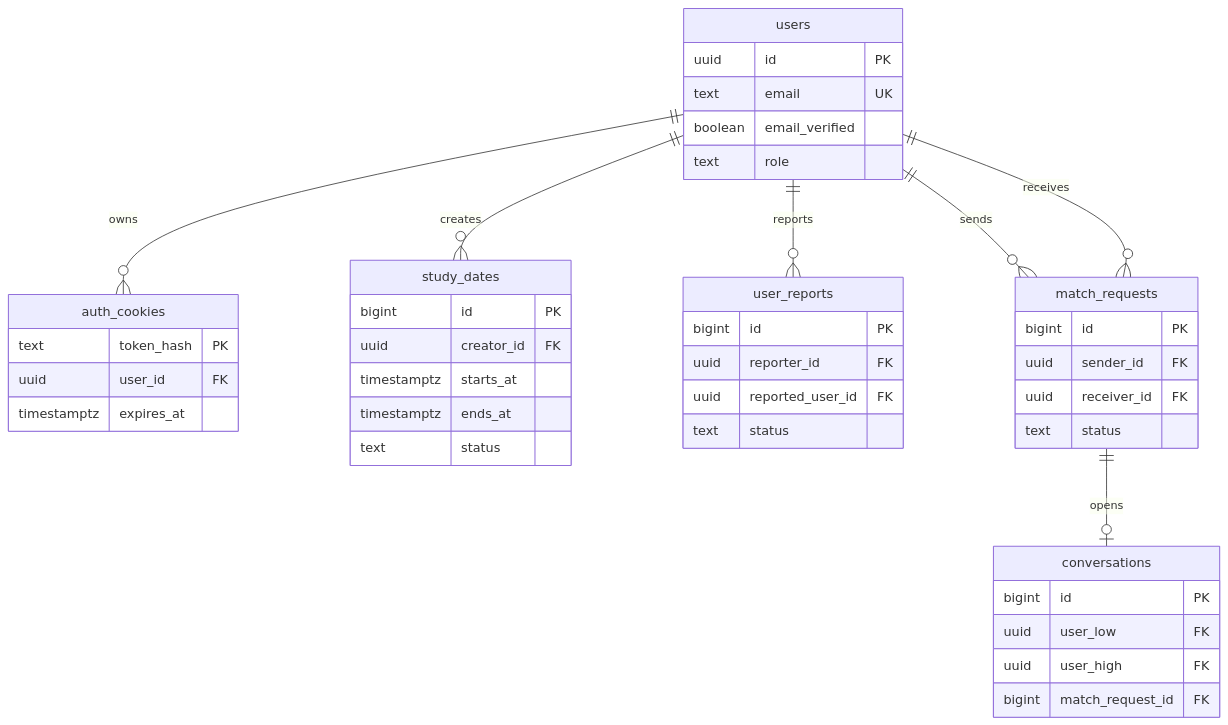
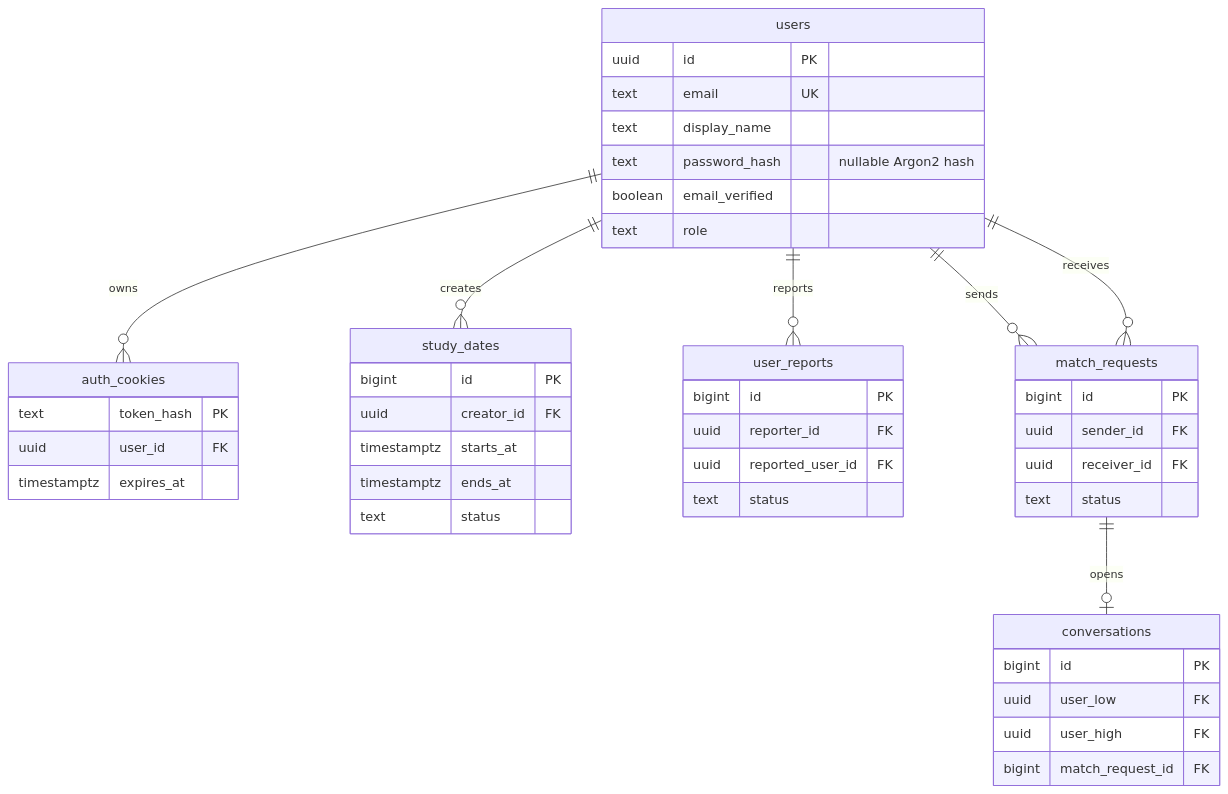
The second of 2 diagrams in docs/design.md (SE-FDA-NEU-AI66B/G8-DatingApp-AI66B), drawn with Mermaid before and after one commit. The commit also changed other lines of this file and 17 other files, not shown here.

````diff
--- a/docs/design.md
+++ b/docs/design.md
@@ -22,45 +22,47 @@
 ```mermaid
 erDiagram
     users ||--o{ auth_cookies : owns
     users ||--o{ study_dates : creates
     users ||--o{ user_reports : reports
     users ||--o{ match_requests : sends
     users ||--o{ match_requests : receives
     match_requests ||--o| conversations : opens
     users {
         uuid id PK
         text email UK
+        text display_name
+        text password_hash "nullable Argon2 hash"
         boolean email_verified
         text role
     }
     auth_cookies {
         text token_hash PK
         uuid user_id FK
         timestamptz expires_at
     }
     study_dates {
         bigint id PK
         uuid creator_id FK
         timestamptz starts_at
         timestamptz ends_at
         text status
     }
     user_reports {
         bigint id PK
         uuid reporter_id FK
         uuid reported_user_id FK
         text status
     }
     match_requests {
         bigint id PK
         uuid sender_id FK
         uuid receiver_id FK
         text status
     }
     conversations {
         bigint id PK
         uuid user_low FK
         uuid user_high FK
         bigint match_request_id FK
     }
 ```
````
